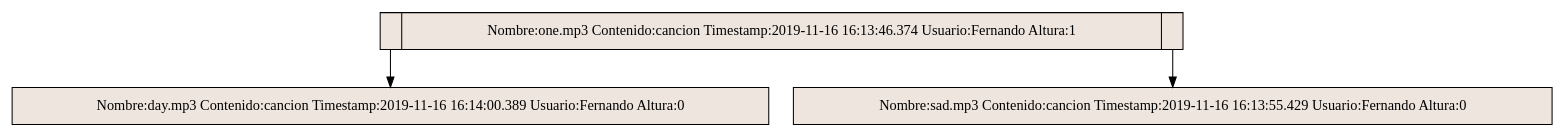
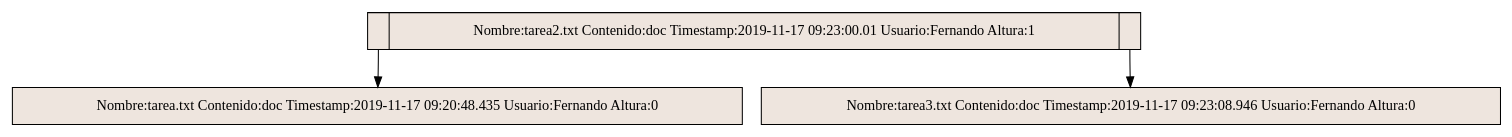
Before and after one commit to deathstroke021/EDD_2S2019_PY2_201503961: the diagram in PruebaVentanas/aux_grafico.dot, drawn with Graphviz. The commit also changed 23 other files, not shown here.

```diff
--- a/PruebaVentanas/aux_grafico.dot
+++ b/PruebaVentanas/aux_grafico.dot
@@ -1,9 +1,9 @@
 digraph grafica{
 rankdir=TB;
 node [shape = record, style=filled, fillcolor=seashell2];
-nodo1 [ label ="<C0>|Nombre:one.mp3 Contenido:cancion Timestamp:2019-11-16 16:13:46.374 Usuario:Fernando Altura:1|<C1>"];
-nodo3 [ label ="Nombre:day.mp3 Contenido:cancion Timestamp:2019-11-16 16:14:00.389 Usuario:Fernando Altura:0"];
-nodo1:C0->nodo3
-nodo2 [ label ="Nombre:sad.mp3 Contenido:cancion Timestamp:2019-11-16 16:13:55.429 Usuario:Fernando Altura:0"];
-nodo1:C1->nodo2
+nodo2 [ label ="<C0>|Nombre:tarea2.txt Contenido:doc Timestamp:2019-11-17 09:23:00.01 Usuario:Fernando Altura:1|<C1>"];
+nodo1 [ label ="Nombre:tarea.txt Contenido:doc Timestamp:2019-11-17 09:20:48.435 Usuario:Fernando Altura:0"];
+nodo2:C0->nodo1
+nodo3 [ label ="Nombre:tarea3.txt Contenido:doc Timestamp:2019-11-17 09:23:08.946 Usuario:Fernando Altura:0"];
+nodo2:C1->nodo3
 }
```
